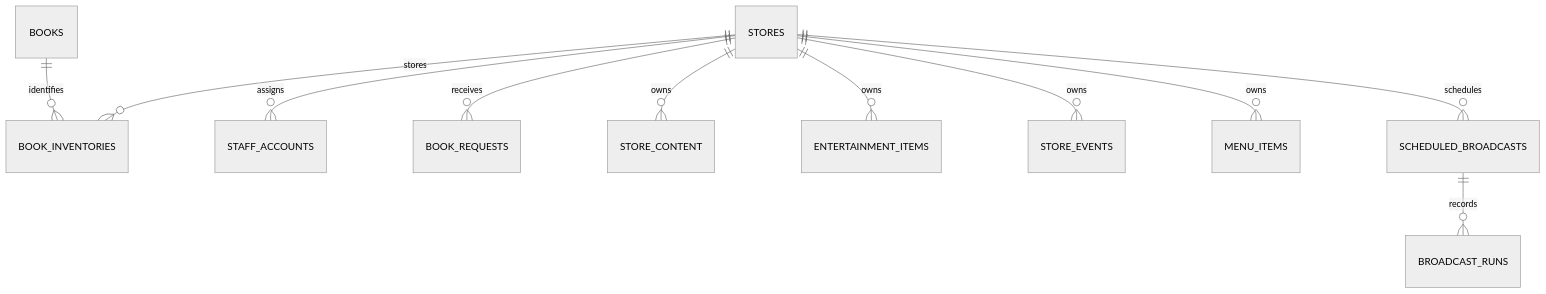
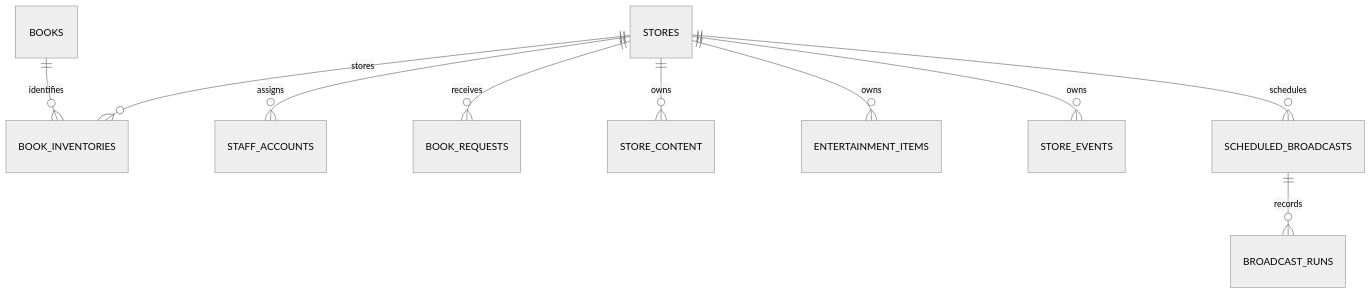
Before and after one commit to SHINJAEHEE-DEV/CartoonPlus: the diagram in docs/DATA_MODEL.md, drawn with Mermaid (neutral theme). The commit also changed other lines of this file and 9 other files, not shown here.

Commit message:
fix(schema): align DB schema, RLS policies, and RPC signatures with frontend

````diff
--- a/docs/DATA_MODEL.md
+++ b/docs/DATA_MODEL.md
@@ -11,13 +11,12 @@
 ```mermaid
 erDiagram
     STORES ||--o{ BOOK_INVENTORIES : stores
     BOOKS ||--o{ BOOK_INVENTORIES : identifies
     STORES ||--o{ STAFF_ACCOUNTS : assigns
     STORES ||--o{ BOOK_REQUESTS : receives
     STORES ||--o{ STORE_CONTENT : owns
     STORES ||--o{ ENTERTAINMENT_ITEMS : owns
     STORES ||--o{ STORE_EVENTS : owns
-    STORES ||--o{ MENU_ITEMS : owns
     STORES ||--o{ SCHEDULED_BROADCASTS : schedules
     SCHEDULED_BROADCASTS ||--o{ BROADCAST_RUNS : records
 ```
````
